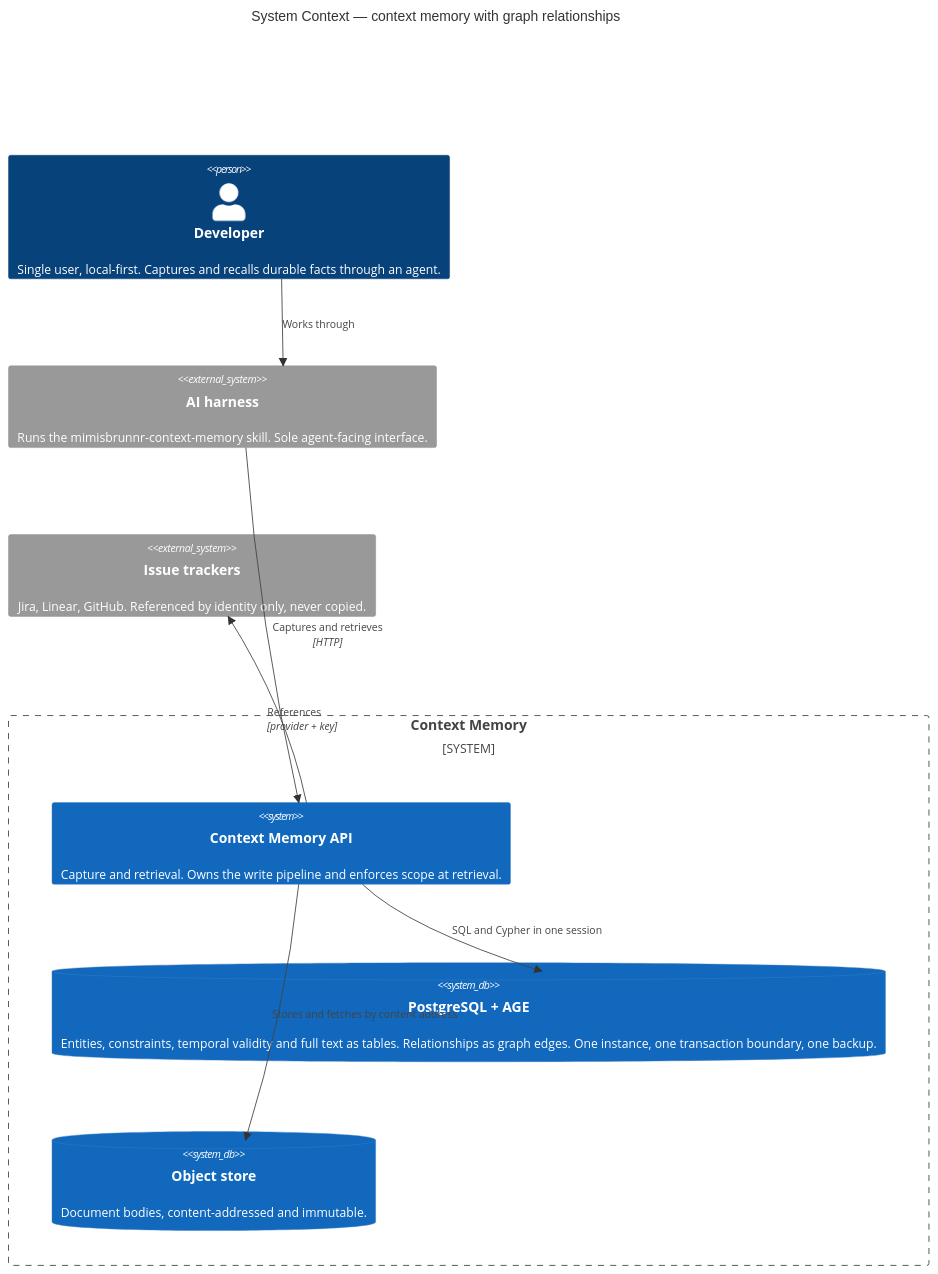
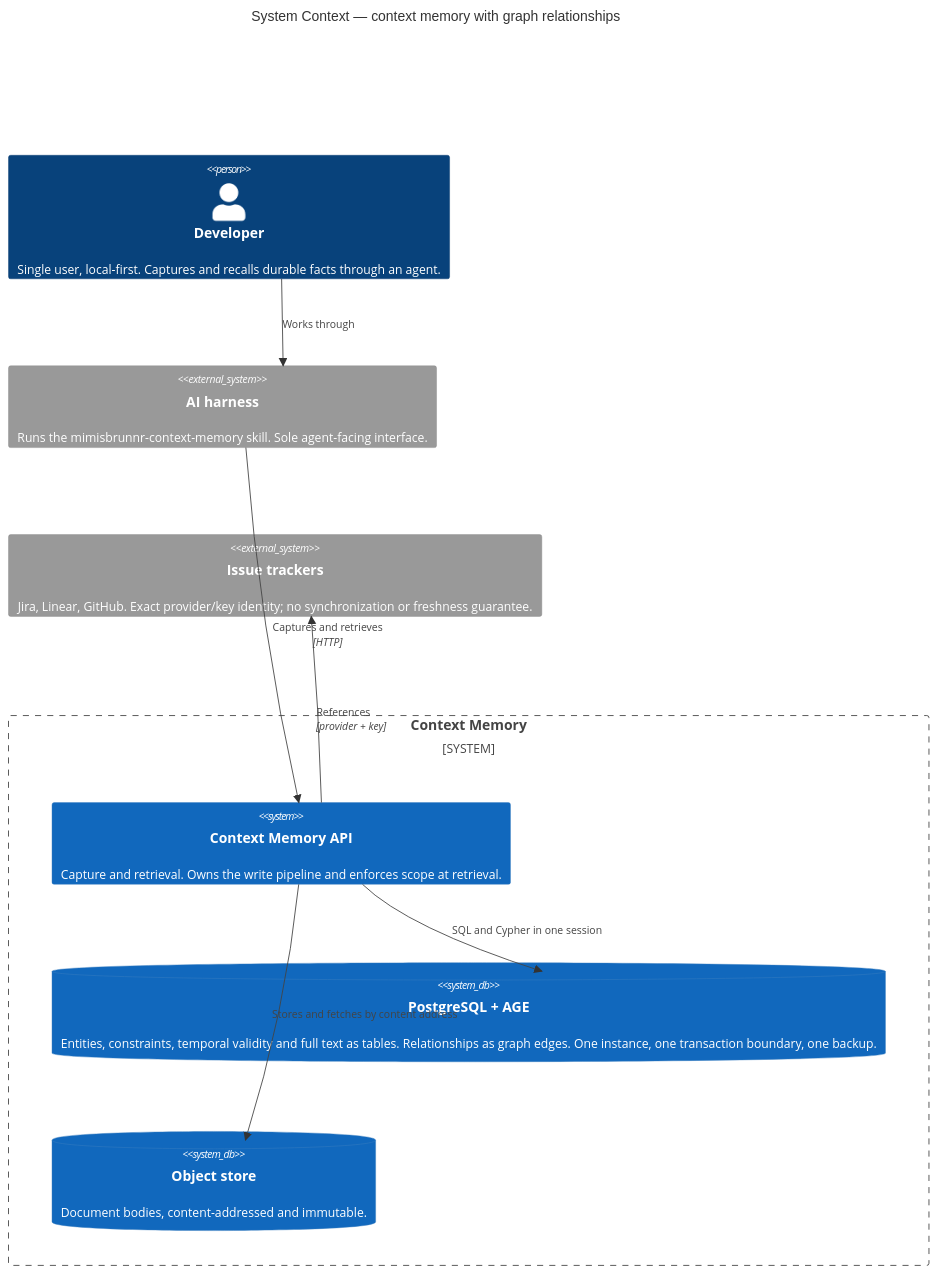
The first of 3 diagrams in docs/hlds/003-graph-edges-on-age/diagrams/c4-context.md (generic-automation-and-it/smooth-ai-product-context-memory), drawn with Mermaid before and after one commit. The commit also changed other lines of this file and 59 other files, not shown here.

````diff
--- a/docs/hlds/003-graph-edges-on-age/diagrams/c4-context.md
+++ b/docs/hlds/003-graph-edges-on-age/diagrams/c4-context.md
@@ -13,23 +13,23 @@
 ```mermaid
 C4Context
     title System Context — context memory with graph relationships
 
     Person(dev, "Developer", "Single user, local-first. Captures and recalls durable facts through an agent.")
 
     System_Boundary(cm, "Context Memory") {
         System(api, "Context Memory API", "Capture and retrieval. Owns the write pipeline and enforces scope at retrieval.")
         SystemDb(pg, "PostgreSQL + AGE", "Entities, constraints, temporal validity and full text as tables. Relationships as graph edges. One instance, one transaction boundary, one backup.")
         SystemDb(blob, "Object store", "Document bodies, content-addressed and immutable.")
     }
 
     System_Ext(agent, "AI harness", "Runs the mimisbrunnr-context-memory skill. Sole agent-facing interface.")
-    System_Ext(tracker, "Issue trackers", "Jira, Linear, GitHub. Referenced by identity only, never copied.")
+    System_Ext(tracker, "Issue trackers", "Jira, Linear, GitHub. Exact provider/key identity; no synchronization or freshness guarantee.")
 
     Rel(dev, agent, "Works through")
     Rel(agent, api, "Captures and retrieves", "HTTP")
     Rel(api, pg, "SQL and Cypher in one session")
     Rel(api, blob, "Stores and fetches by content address")
     Rel(api, tracker, "References", "provider + key")
 
     UpdateLayoutConfig($c4ShapeInRow="2", $c4BoundaryInRow="1")
 ```
````
